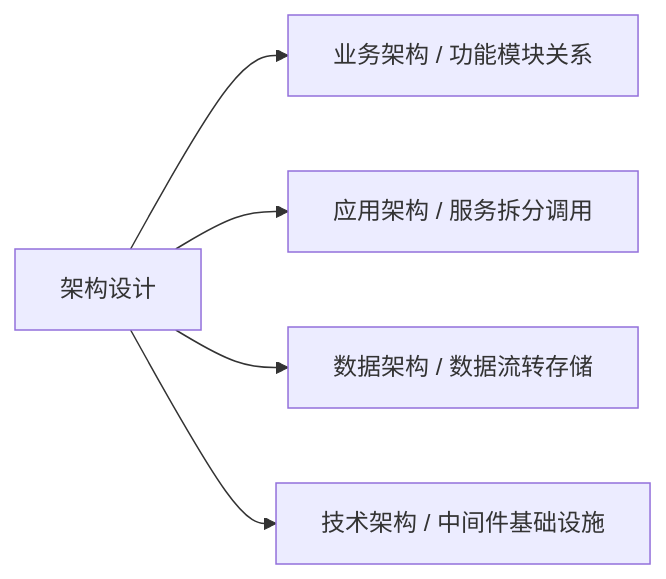
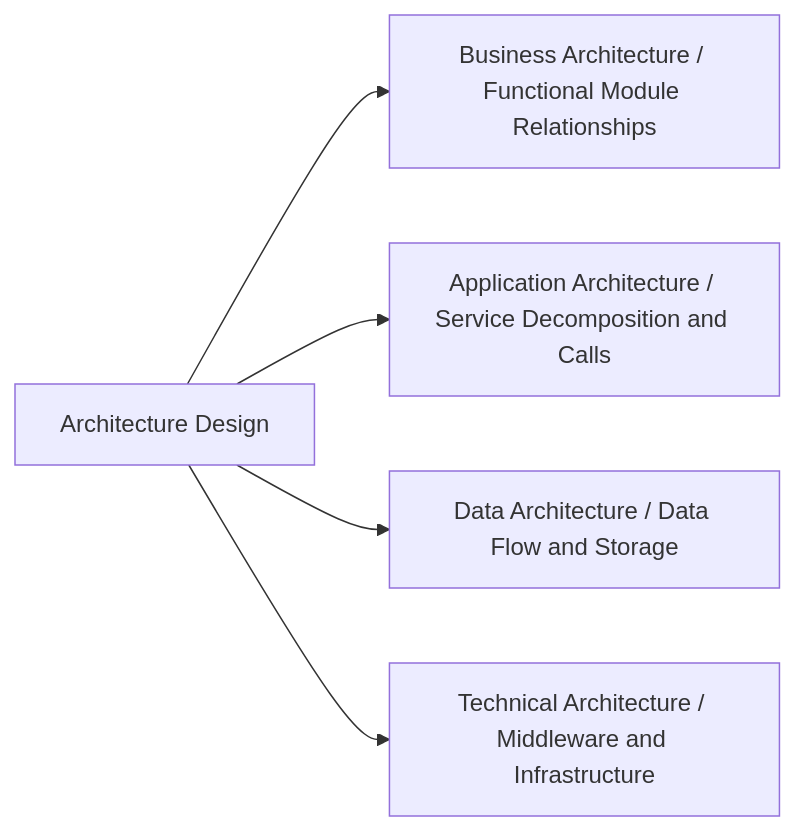
The second of 4 diagrams in templates/产品/README.md (Kirky-X/cangjie), drawn with Mermaid before and after one commit. The commit also changed other lines of this file and 60 other files, not shown here.

````diff
--- a/templates/产品/README.md
+++ b/templates/产品/README.md
@@ -198,7 +198,7 @@
 ```mermaid
 flowchart LR
-    A[架构设计] --> B[业务架构 / 功能模块关系]
-    A --> C[应用架构 / 服务拆分调用]
-    A --> D[数据架构 / 数据流转存储]
-    A --> E[技术架构 / 中间件基础设施]
+    A[Architecture Design] --> B[Business Architecture / Functional Module Relationships]
+    A --> C[Application Architecture / Service Decomposition and Calls]
+    A --> D[Data Architecture / Data Flow and Storage]
+    A --> E[Technical Architecture / Middleware and Infrastructure]
 ```
````
